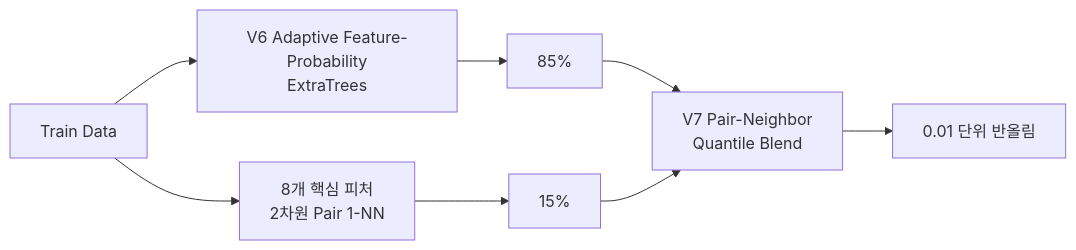
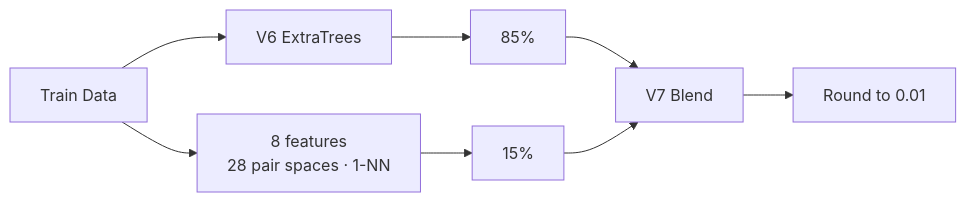
The diagram in README.md (thisisstress/stress_project_JH), drawn with Mermaid before and after one commit. The commit also changed other lines of this file, not shown here.

````diff
--- a/README.md
+++ b/README.md
@@ -36,10 +31,10 @@
 ```mermaid
 flowchart LR
-    A["Train Data"] --> B["V6 Adaptive Feature-Probability<br/>ExtraTrees"]
-    A --> C["8개 핵심 피처<br/>2차원 Pair 1-NN"]
-    B --> D["85%"]
-    C --> E["15%"]
-    D --> F["V7 Pair-Neighbor<br/>Quantile Blend"]
+    A[Train Data] --> B[V6 ExtraTrees]
+    A --> C[8 features<br/>28 pair spaces · 1-NN]
+    B --> D[85%]
+    C --> E[15%]
+    D --> F[V7 Blend]
     E --> F
-    F --> G["0.01 단위 반올림"]
+    F --> G[Round to 0.01]
 ```
````
